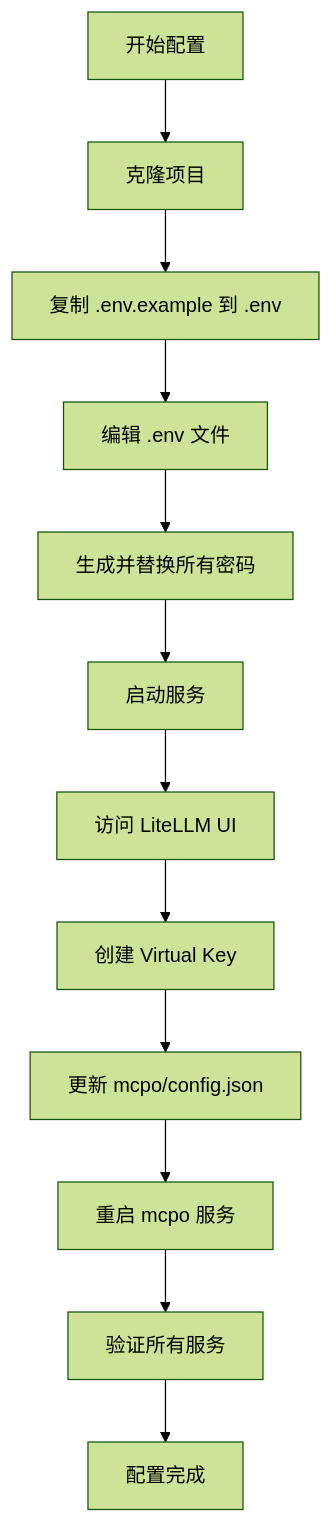
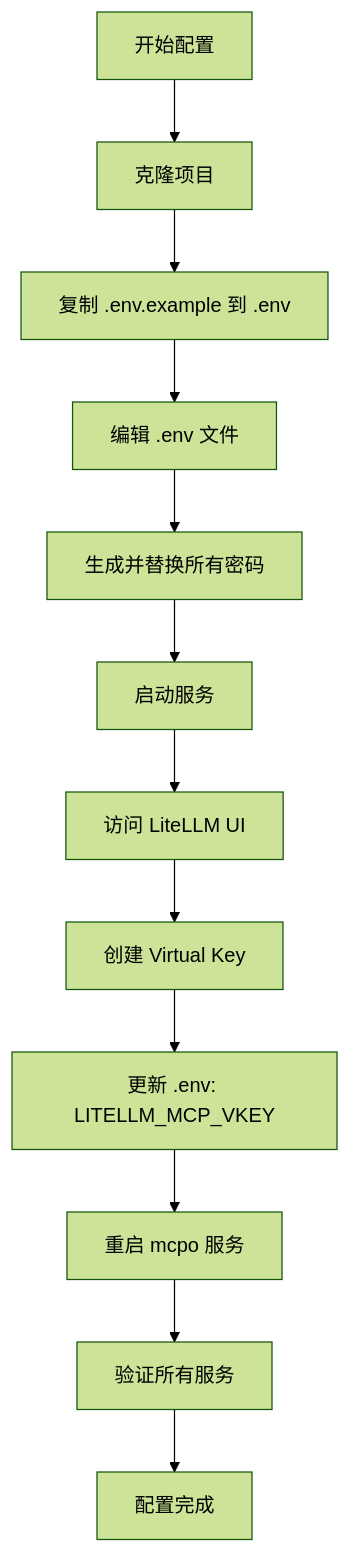
The diagram in 新手配置指南.md (mmhsdxwdxx/share_stacks), drawn with Mermaid (forest theme) before and after one commit. The commit also changed other lines of this file and 3 other files, not shown here.

````diff
--- a/新手配置指南.md
+++ b/新手配置指南.md
@@ -55,14 +55,14 @@
 ```mermaid
 graph TD
     A[开始配置] --> B[克隆项目]
     B --> C[复制 .env.example 到 .env]
     C --> D[编辑 .env 文件]
     D --> E[生成并替换所有密码]
     E --> F[启动服务]
     F --> G[访问 LiteLLM UI]
     G --> H[创建 Virtual Key]
-    H --> I[更新 mcpo/config.json]
+    H --> I[更新 .env: LITELLM_MCP_VKEY]
     I --> J[重启 mcpo 服务]
     J --> K[验证所有服务]
     K --> L[配置完成]
 ```
````
